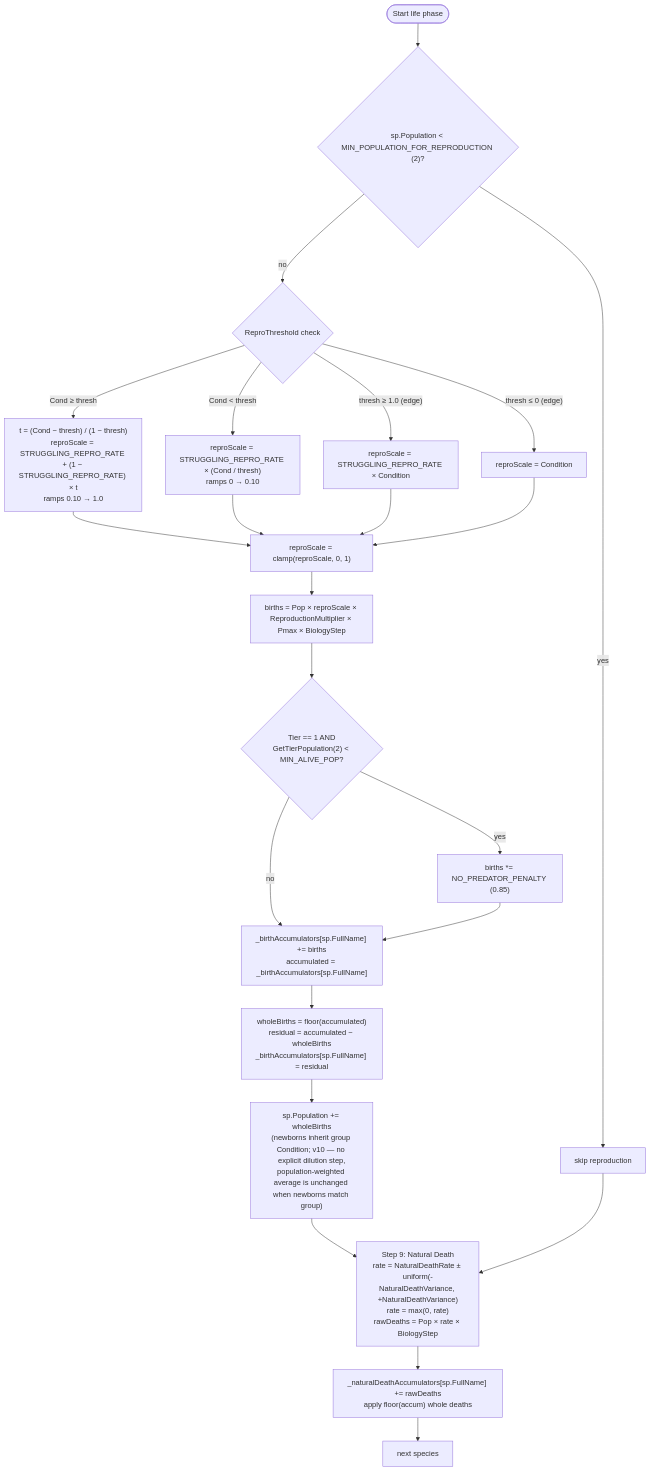
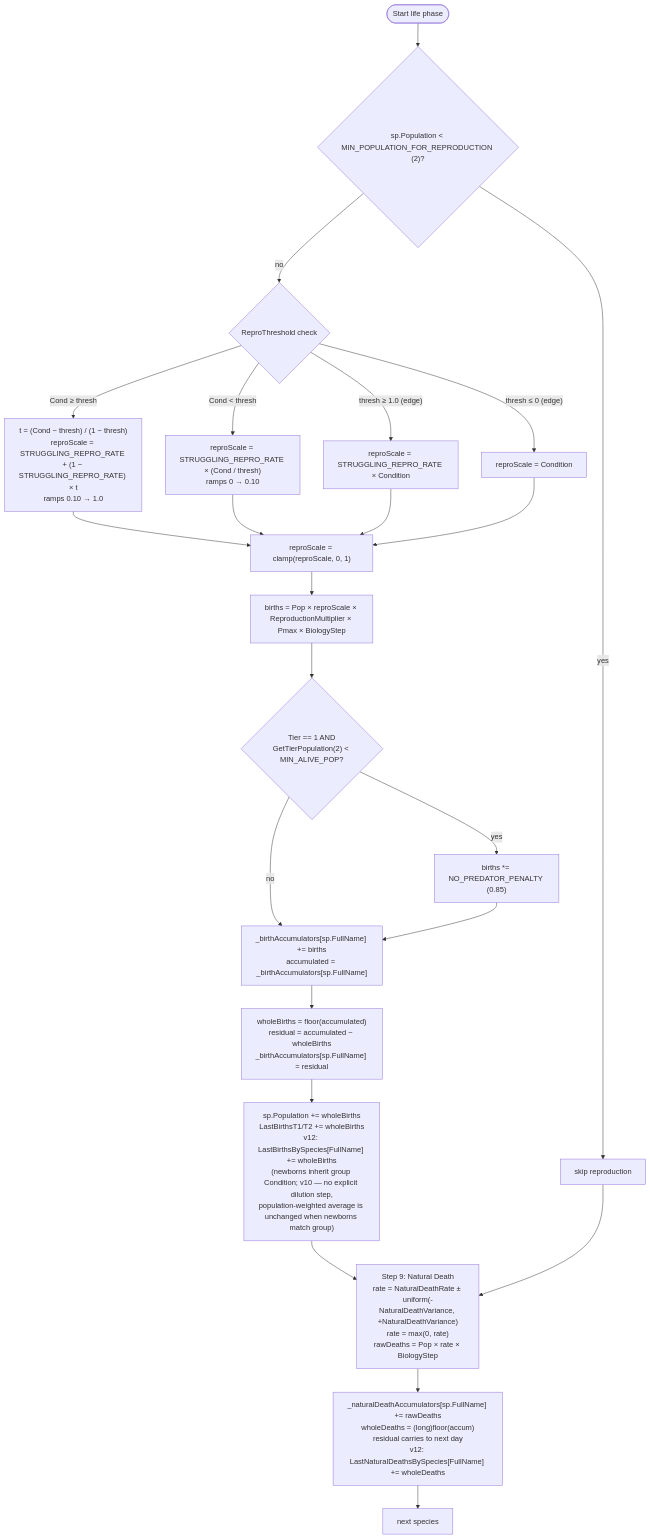
Before and after one commit to Ghostlab-Studios/tinysea: the diagram in docs/diagrams/biology-life-phase.md, drawn with Mermaid. The commit also changed 56 other files, not shown here.

````diff
--- a/docs/diagrams/biology-life-phase.md
+++ b/docs/diagrams/biology-life-phase.md
@@ -5,25 +5,25 @@
 ```mermaid
 flowchart TD
     Start([Start life phase]) --> Guard{"sp.Population &lt; MIN_POPULATION_FOR_REPRODUCTION (2)?"}
     Guard -- yes --> SkipRepro[skip reproduction]
     Guard -- no --> ThreshCheck{"ReproThreshold check"}
     ThreshCheck -- "thresh ≥ 1.0 (edge)" --> EdgeA["reproScale = STRUGGLING_REPRO_RATE × Condition"]
     ThreshCheck -- "thresh ≤ 0 (edge)" --> EdgeB["reproScale = Condition"]
     ThreshCheck -- "Cond ≥ thresh" --> Healthy["t = (Cond − thresh) / (1 − thresh)<br/>reproScale = STRUGGLING_REPRO_RATE + (1 − STRUGGLING_REPRO_RATE) × t<br/>ramps 0.10 → 1.0"]
     ThreshCheck -- "Cond &lt; thresh" --> Struggling["reproScale = STRUGGLING_REPRO_RATE × (Cond / thresh)<br/>ramps 0 → 0.10"]
     Healthy --> Clamp["reproScale = clamp(reproScale, 0, 1)"]
     Struggling --> Clamp
     EdgeA --> Clamp
     EdgeB --> Clamp
     Clamp --> Births["births = Pop × reproScale × ReproductionMultiplier × Pmax × BiologyStep"]
     Births --> T1NoPred{"Tier == 1 AND<br/>GetTierPopulation(2) &lt; MIN_ALIVE_POP?"}
     T1NoPred -- yes --> NPP["births *= NO_PREDATOR_PENALTY (0.85)"]
     T1NoPred -- no --> BAcc
     NPP --> BAcc["_birthAccumulators[sp.FullName] += births<br/>accumulated = _birthAccumulators[sp.FullName]"]
     BAcc --> Whole["wholeBirths = floor(accumulated)<br/>residual = accumulated − wholeBirths<br/>_birthAccumulators[sp.FullName] = residual"]
-    Whole --> AddPop["sp.Population += wholeBirths<br/>(newborns inherit group Condition; v10 — no explicit dilution step,<br/>population-weighted average is unchanged when newborns match group)"]
+    Whole --> AddPop["sp.Population += wholeBirths<br/>LastBirthsT1/T2 += wholeBirths<br/>v12: LastBirthsBySpecies[FullName] += wholeBirths<br/>(newborns inherit group Condition; v10 — no explicit dilution step,<br/>population-weighted average is unchanged when newborns match group)"]
     AddPop --> S9
     SkipRepro --> S9
-    S9["Step 9: Natural Death<br/>rate = NaturalDeathRate ± uniform(-NaturalDeathVariance, +NaturalDeathVariance)<br/>rate = max(0, rate)<br/>rawDeaths = Pop × rate × BiologyStep"] --> NAcc["_naturalDeathAccumulators[sp.FullName] += rawDeaths<br/>apply floor(accum) whole deaths"]
+    S9["Step 9: Natural Death<br/>rate = NaturalDeathRate ± uniform(-NaturalDeathVariance, +NaturalDeathVariance)<br/>rate = max(0, rate)<br/>rawDeaths = Pop × rate × BiologyStep"] --> NAcc["_naturalDeathAccumulators[sp.FullName] += rawDeaths<br/>wholeDeaths = (long)floor(accum)<br/>residual carries to next day<br/>v12: LastNaturalDeathsBySpecies[FullName] += wholeDeaths"]
     NAcc --> Next[next species]
 ```
````
